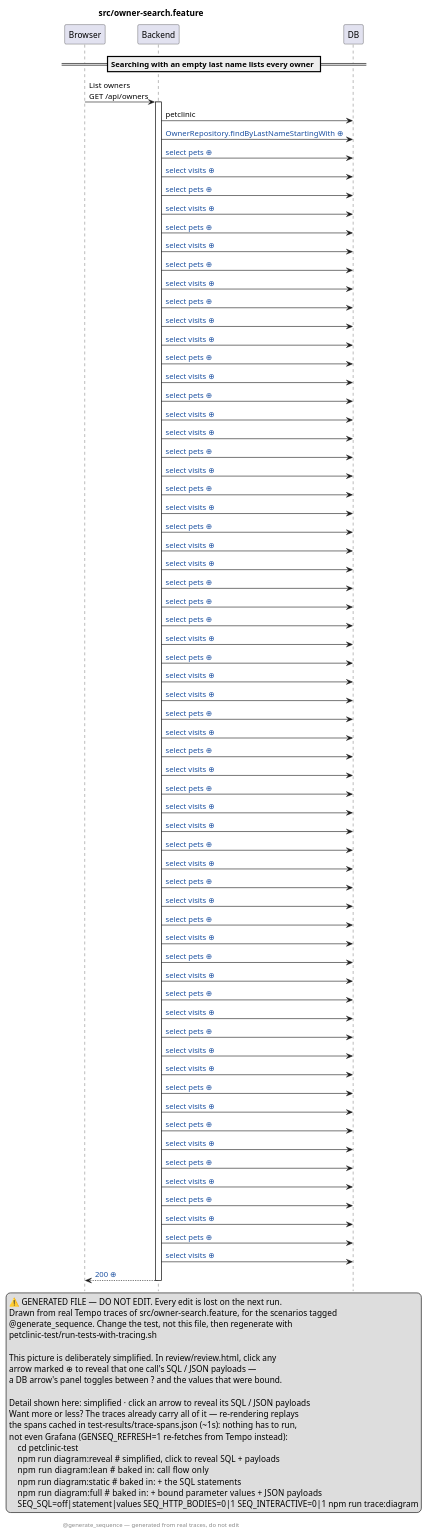
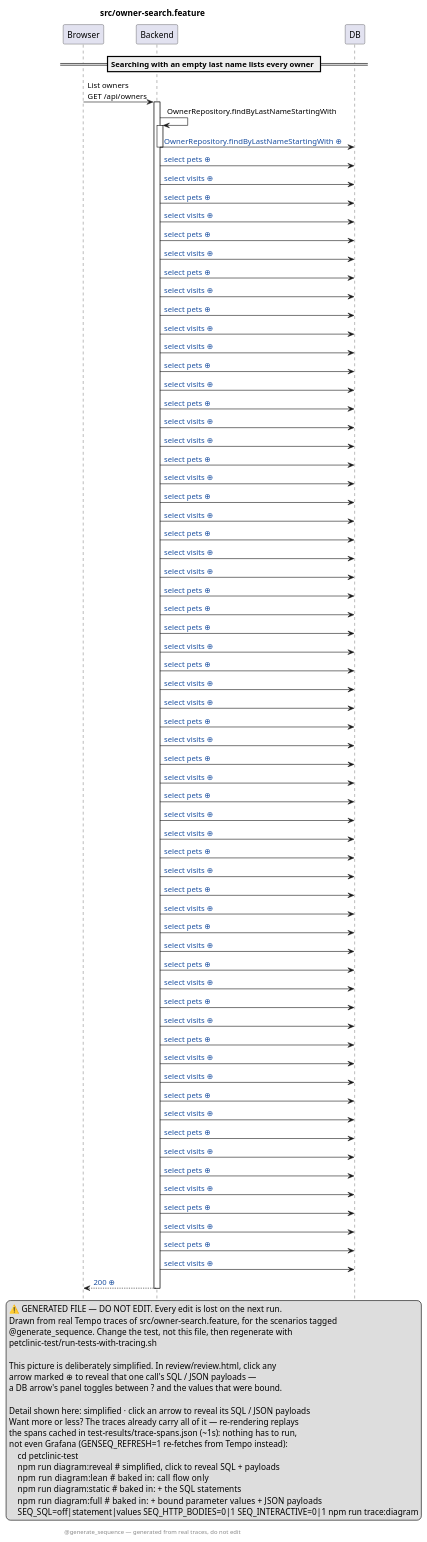
One commit to victorrentea/petclinic changed the diagram in petclinic-test/src/owner-search.feature.genseq.puml. Above: the diagram before and after it, drawn with PlantUML. The commit also changed 7 other files, not shown here.

First line of the commit message:
feat(genseq): draw a repository call as a call, and book a visit in one transaction

```diff
--- a/petclinic-test/src/owner-search.feature.genseq.puml
+++ b/petclinic-test/src/owner-search.feature.genseq.puml
@@ -1,99 +1,101 @@
 @startuml
 ' ⚠️  GENERATED FILE — DO NOT EDIT. Every edit is lost on the next run.
 hide footbox
 skinparam hyperlinkUnderline false
 skinparam hyperlinkColor #1A4FA0
 title src/owner-search.feature
 legend right
   ⚠️  GENERATED FILE — DO NOT EDIT. Every edit is lost on the next run.
   Drawn from real Tempo traces of src/owner-search.feature, for the scenarios tagged
   @generate_sequence. Change the test, not this file, then regenerate with
   petclinic-test/run-tests-with-tracing.sh
  
   This picture is deliberately simplified. In review/review.html, click any
   arrow marked ⊕ to reveal that one call's SQL / JSON payloads —
   a DB arrow's panel toggles between ? and the values that were bound.
  
   Detail shown here: simplified · click an arrow to reveal its SQL / JSON payloads
   Want more or less? The traces already carry all of it — re-rendering replays
   the spans cached in test-results/trace-spans.json (~1s): nothing has to run,
   not even Grafana (GENSEQ_REFRESH=1 re-fetches from Tempo instead):
       cd petclinic-test
       npm run diagram:reveal  # simplified, click to reveal SQL + payloads
       npm run diagram:lean    # baked in: call flow only
       npm run diagram:static  # baked in: + the SQL statements
       npm run diagram:full    # baked in: + bound parameter values + JSON payloads
       SEQ_SQL=off|statement|values SEQ_HTTP_BODIES=0|1 SEQ_INTERACTIVE=0|1 npm run trace:diagram
 end legend
 footer @generate_sequence — generated from real traces, do not edit
 participant Browser
 participant Backend
 participant DB
 == Searching with an empty last name lists every owner ==
 Browser -> Backend: List owners\nGET /api/owners
 activate Backend
-Backend -> DB: petclinic
+Backend -> Backend: OwnerRepository.findByLastNameStartingWith
+activate Backend
 Backend -> DB: [[genseq://1aoufu2{Click for the statement behind this call} OwnerRepository.findByLastNameStartingWith ⊕]]
+deactivate Backend
 Backend -> DB: [[genseq://1hjadar{Click for the statement behind this call} select pets ⊕]]
 Backend -> DB: [[genseq://1bcshtp{Click for the statement behind this call} select visits ⊕]]
 Backend -> DB: [[genseq://1ywvbwm{Click for the statement behind this call} select pets ⊕]]
 Backend -> DB: [[genseq://0z85hco{Click for the statement behind this call} select visits ⊕]]
 Backend -> DB: [[genseq://0zrdtil{Click for the statement behind this call} select pets ⊕]]
 Backend -> DB: [[genseq://014al43{Click for the statement behind this call} select visits ⊕]]
 Backend -> DB: [[genseq://1e02kqw{Click for the statement behind this call} select pets ⊕]]
 Backend -> DB: [[genseq://19jw8ly{Click for the statement behind this call} select visits ⊕]]
 Backend -> DB: [[genseq://1afgvsf{Click for the statement behind this call} select pets ⊕]]
 Backend -> DB: [[genseq://1k944l8{Click for the statement behind this call} select visits ⊕]]
 Backend -> DB: [[genseq://15hw4kh{Click for the statement behind this call} select visits ⊕]]
 Backend -> DB: [[genseq://05qnn6q{Click for the statement behind this call} select pets ⊕]]
 Backend -> DB: [[genseq://1uai9tz{Click for the statement behind this call} select visits ⊕]]
 Backend -> DB: [[genseq://04yaot5{Click for the statement behind this call} select pets ⊕]]
 Backend -> DB: [[genseq://0ppzjxe{Click for the statement behind this call} select visits ⊕]]
 Backend -> DB: [[genseq://0prupmi{Click for the statement behind this call} select visits ⊕]]
 Backend -> DB: [[genseq://0j0trn8{Click for the statement behind this call} select pets ⊕]]
 Backend -> DB: [[genseq://1uessj3{Click for the statement behind this call} select visits ⊕]]
 Backend -> DB: [[genseq://0qutb9k{Click for the statement behind this call} select pets ⊕]]
 Backend -> DB: [[genseq://1xzehhk{Click for the statement behind this call} select visits ⊕]]
 Backend -> DB: [[genseq://0ow5hm5{Click for the statement behind this call} select pets ⊕]]
 Backend -> DB: [[genseq://0jv36o6{Click for the statement behind this call} select visits ⊕]]
 Backend -> DB: [[genseq://1jqpq99{Click for the statement behind this call} select visits ⊕]]
 Backend -> DB: [[genseq://1twjd9e{Click for the statement behind this call} select pets ⊕]]
 Backend -> DB: [[genseq://179pa5r{Click for the statement behind this call} select pets ⊕]]
 Backend -> DB: [[genseq://0spdoa4{Click for the statement behind this call} select pets ⊕]]
 Backend -> DB: [[genseq://02hi82b{Click for the statement behind this call} select visits ⊕]]
 Backend -> DB: [[genseq://1rv9amp{Click for the statement behind this call} select pets ⊕]]
 Backend -> DB: [[genseq://1s4i48c{Click for the statement behind this call} select visits ⊕]]
 Backend -> DB: [[genseq://0sxylsh{Click for the statement behind this call} select visits ⊕]]
 Backend -> DB: [[genseq://1vr3q9y{Click for the statement behind this call} select pets ⊕]]
 Backend -> DB: [[genseq://0qywo6i{Click for the statement behind this call} select visits ⊕]]
 Backend -> DB: [[genseq://11eqpar{Click for the statement behind this call} select pets ⊕]]
 Backend -> DB: [[genseq://0i95j7b{Click for the statement behind this call} select visits ⊕]]
 Backend -> DB: [[genseq://0zn1he8{Click for the statement behind this call} select pets ⊕]]
 Backend -> DB: [[genseq://0z1nibr{Click for the statement behind this call} select visits ⊕]]
 Backend -> DB: [[genseq://1luphfe{Click for the statement behind this call} select visits ⊕]]
 Backend -> DB: [[genseq://1yz2s51{Click for the statement behind this call} select pets ⊕]]
 Backend -> DB: [[genseq://02ksvnp{Click for the statement behind this call} select visits ⊕]]
 Backend -> DB: [[genseq://1ui76yh{Click for the statement behind this call} select pets ⊕]]
 Backend -> DB: [[genseq://0vfbpsw{Click for the statement behind this call} select visits ⊕]]
 Backend -> DB: [[genseq://1wn2wlw{Click for the statement behind this call} select pets ⊕]]
 Backend -> DB: [[genseq://1k8rtyj{Click for the statement behind this call} select visits ⊕]]
 Backend -> DB: [[genseq://06hjrnf{Click for the statement behind this call} select pets ⊕]]
 Backend -> DB: [[genseq://00y4ify{Click for the statement behind this call} select visits ⊕]]
 Backend -> DB: [[genseq://10nowmm{Click for the statement behind this call} select pets ⊕]]
 Backend -> DB: [[genseq://1wfrp61{Click for the statement behind this call} select visits ⊕]]
 Backend -> DB: [[genseq://1o34u8l{Click for the statement behind this call} select pets ⊕]]
 Backend -> DB: [[genseq://131zikf{Click for the statement behind this call} select visits ⊕]]
 Backend -> DB: [[genseq://0wl4y10{Click for the statement behind this call} select visits ⊕]]
 Backend -> DB: [[genseq://14lgvhs{Click for the statement behind this call} select pets ⊕]]
 Backend -> DB: [[genseq://0cgh436{Click for the statement behind this call} select visits ⊕]]
 Backend -> DB: [[genseq://0ccg4wn{Click for the statement behind this call} select pets ⊕]]
 Backend -> DB: [[genseq://18twor0{Click for the statement behind this call} select visits ⊕]]
 Backend -> DB: [[genseq://1klw40a{Click for the statement behind this call} select pets ⊕]]
 Backend -> DB: [[genseq://1ksbt81{Click for the statement behind this call} select visits ⊕]]
 Backend -> DB: [[genseq://1m8kh81{Click for the statement behind this call} select pets ⊕]]
 Backend -> DB: [[genseq://1obsoh2{Click for the statement behind this call} select visits ⊕]]
 Backend -> DB: [[genseq://18567ho{Click for the statement behind this call} select pets ⊕]]
 Backend -> DB: [[genseq://1eq1h2q{Click for the statement behind this call} select visits ⊕]]
-Backend --> Browser: [[genseq://06o99d9{Click for this call’s JSON body} 200 ⊕]]
+Backend --> Browser: [[genseq://0njunan{Click for this call’s JSON body} 200 ⊕]]
 deactivate Backend
 @enduml
```
